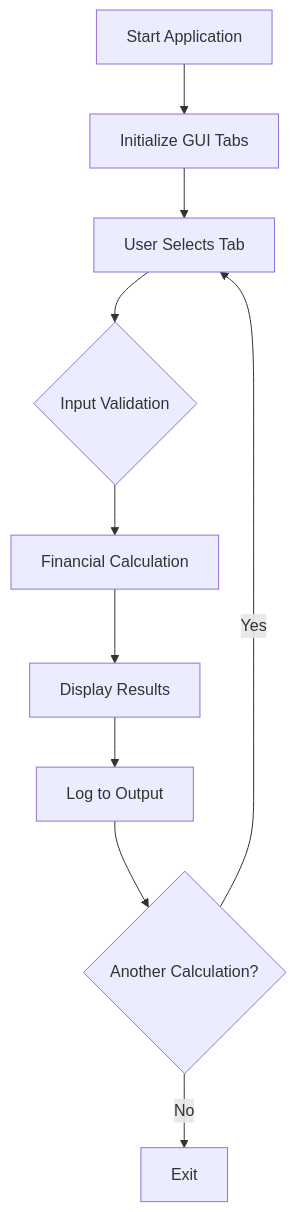
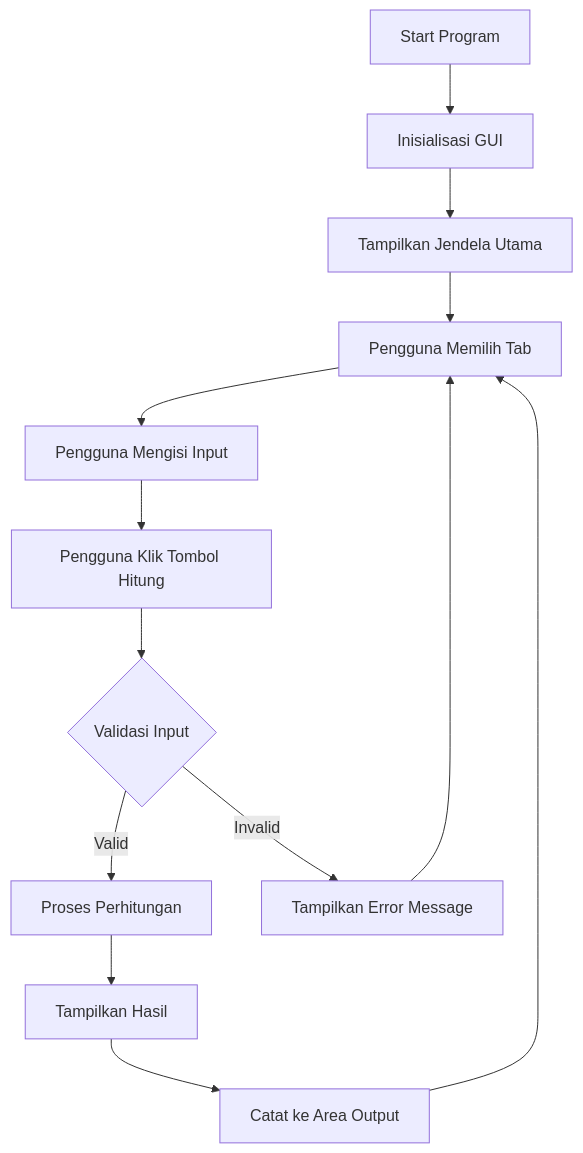
The second of 2 diagrams in README.md (Chrisimana/kalkulator-keuangan), drawn with Mermaid before and after one commit. The commit also changed other lines of this file and 7 other files, not shown here.

````diff
--- a/README.md
+++ b/README.md
@@ -150,12 +158,15 @@
 ```mermaid
 graph TD
-    A[Start Application] --> B[Initialize GUI Tabs]
-    B --> C[User Selects Tab]
-    C --> D{Input Validation}
-    D --> E[Financial Calculation]
-    E --> F[Display Results]
-    F --> G[Log to Output]
-    G --> H{Another Calculation?}
-    H -->|Yes| C
-    H -->|No| I[Exit]
+    A[Start Program] --> B[Inisialisasi GUI]
+    B --> C[Tampilkan Jendela Utama]
+    C --> D[Pengguna Memilih Tab]
+    D --> E[Pengguna Mengisi Input]
+    E --> F[Pengguna Klik Tombol Hitung]
+    F --> G{Validasi Input}
+    G -->|Valid| H[Proses Perhitungan]
+    G -->|Invalid| I[Tampilkan Error Message]
+    H --> J[Tampilkan Hasil]
+    J --> K[Catat ke Area Output]
+    K --> D
+    I --> D
 ```
````
